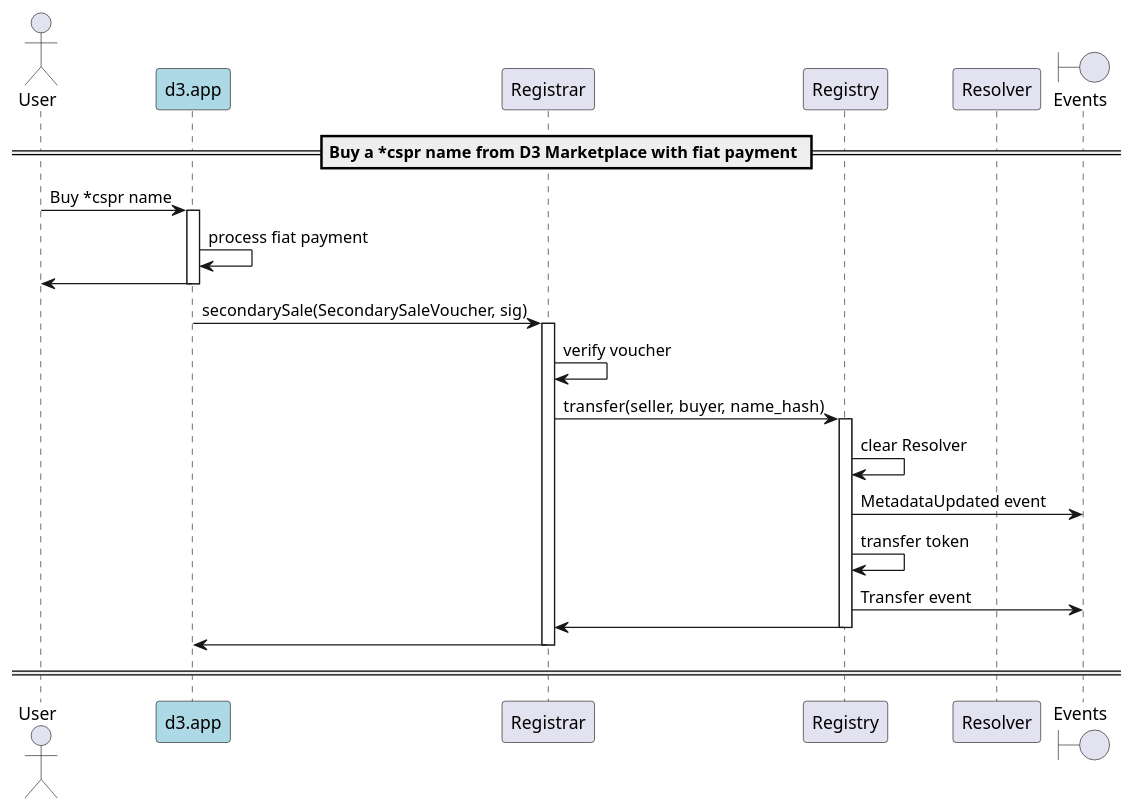
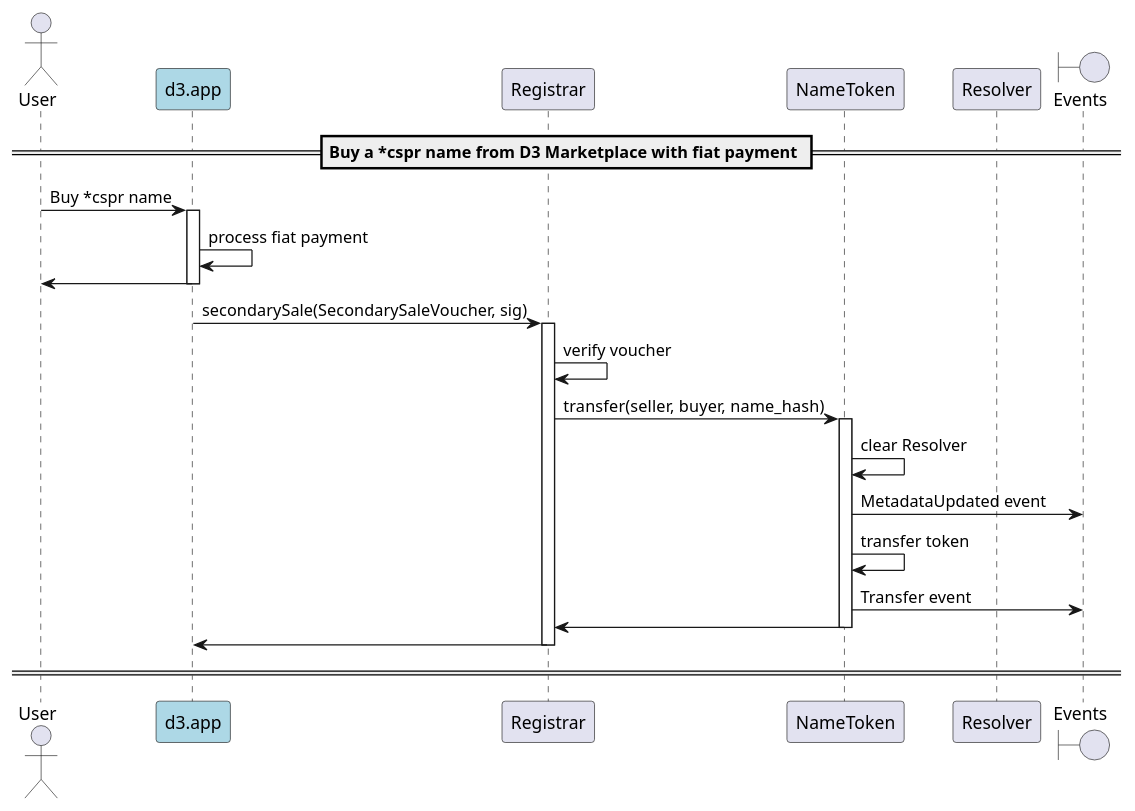
One commit to make-software/cspr-name-contracts changed the diagram in docs/sequence-diagrams/puml/d3-marketplace-buy-fiat.puml. Above: the diagram before and after it, drawn with PlantUML. The commit also changed 13 other files, not shown here.

Commit message:
Renamed Registry contract with NameToken in the sequence diagrams.

```diff
--- a/docs/sequence-diagrams/puml/d3-marketplace-buy-fiat.puml
+++ b/docs/sequence-diagrams/puml/d3-marketplace-buy-fiat.puml
@@ -1,36 +1,36 @@
 @startuml
 'https://plantuml.com/sequence-diagram
 
 'autonumber
 actor User
 participant "d3.app" as d3 #lightblue
 participant "Registrar"
-participant "Registry"
+participant "NameToken"
 participant "Resolver"
 boundary "Events"
 
 == Buy a *cspr name from D3 Marketplace with fiat payment ==
 
 User -> d3: Buy *cspr name
 activate d3
 d3 -> d3: process fiat payment
 d3 -> User
 deactivate d3
 
 d3 -> Registrar: secondarySale(SecondarySaleVoucher, sig)
 activate Registrar
 Registrar -> Registrar: verify voucher
-Registrar -> Registry: transfer(seller, buyer, name_hash)
-activate Registry
-Registry -> Registry: clear Resolver
-Registry -> "Events": MetadataUpdated event
-Registry -> Registry: transfer token
-Registry -> "Events": Transfer event
-Registry -> Registrar
-deactivate Registry
+Registrar -> NameToken: transfer(seller, buyer, name_hash)
+activate NameToken
+NameToken -> NameToken: clear Resolver
+NameToken -> "Events": MetadataUpdated event
+NameToken -> NameToken: transfer token
+NameToken -> "Events": Transfer event
+NameToken -> Registrar
+deactivate NameToken
 Registrar -> d3
 deactivate Registrar
 deactivate d3
 
 == ==
 @enduml
```
